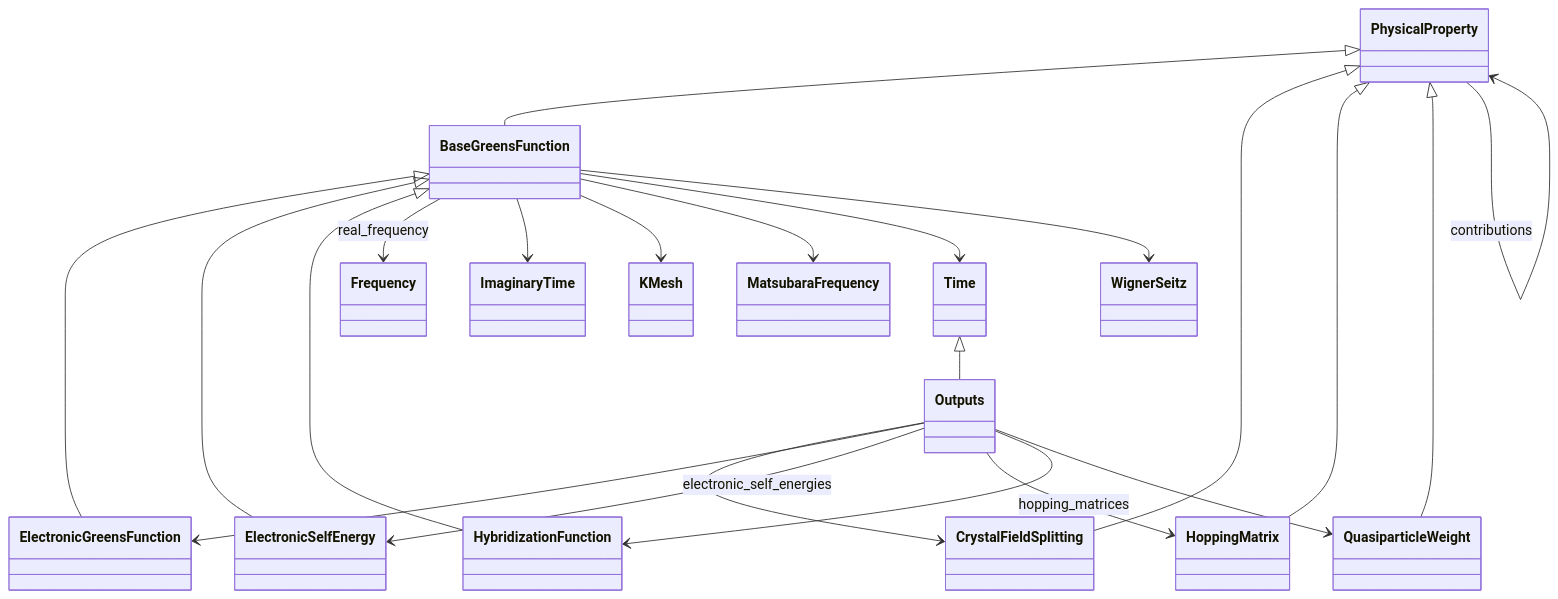
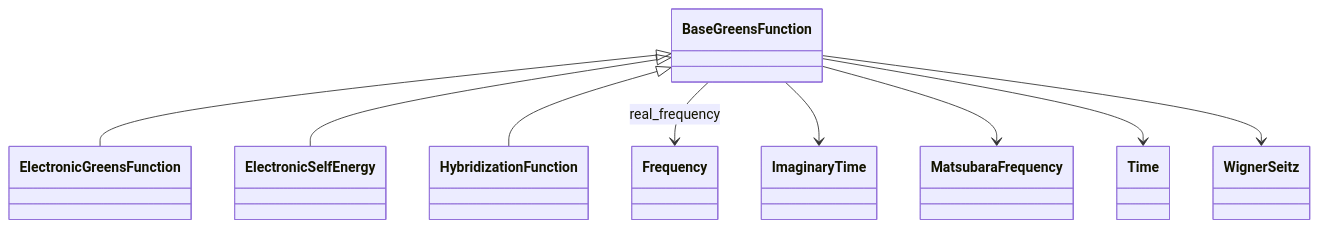
One commit to FAIRmat-NFDI/nomad-simulations changed the first of 4 diagrams in docs/schema/manybody_properties.diagram.md. Above: the diagram before and after it, drawn with Mermaid. The commit also changed other lines of this file and 104 other files, not shown here.

Commit message:
new verticals, new logic for filtering in diagrams, auto docs generation dev docs

````diff
--- a/docs/schema/manybody_properties.diagram.md
+++ b/docs/schema/manybody_properties.diagram.md
@@ -16,54 +16,29 @@
 ```mermaid
 classDiagram
     class BaseGreensFunction {
-    }
-    class CrystalFieldSplitting {
     }
     class ElectronicGreensFunction {
     }
     class ElectronicSelfEnergy {
     }
     class Frequency {
     }
-    class HoppingMatrix {
-    }
     class HybridizationFunction {
     }
     class ImaginaryTime {
     }
-    class KMesh {
-    }
     class MatsubaraFrequency {
-    }
-    class Outputs {
-    }
-    class PhysicalProperty {
-    }
-    class QuasiparticleWeight {
     }
     class Time {
     }
     class WignerSeitz {
     }
-    PhysicalProperty <|-- BaseGreensFunction
-    PhysicalProperty <|-- CrystalFieldSplitting
     BaseGreensFunction <|-- ElectronicGreensFunction
     BaseGreensFunction <|-- ElectronicSelfEnergy
-    PhysicalProperty <|-- HoppingMatrix
     BaseGreensFunction <|-- HybridizationFunction
-    Time <|-- Outputs
-    PhysicalProperty <|-- QuasiparticleWeight
     BaseGreensFunction --> Frequency : real_frequency
     BaseGreensFunction --> ImaginaryTime
-    BaseGreensFunction --> KMesh
     BaseGreensFunction --> MatsubaraFrequency
     BaseGreensFunction --> Time
     BaseGreensFunction --> WignerSeitz
-    Outputs --> CrystalFieldSplitting
-    Outputs --> ElectronicGreensFunction
-    Outputs --> ElectronicSelfEnergy : electronic_self_energies
-    Outputs --> HoppingMatrix : hopping_matrices
-    Outputs --> HybridizationFunction
-    Outputs --> QuasiparticleWeight
-    PhysicalProperty --> PhysicalProperty : contributions
 ```
````
